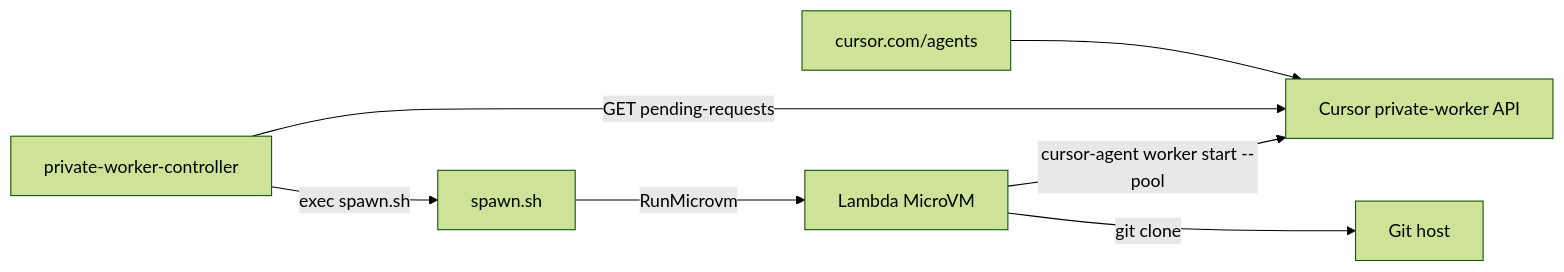
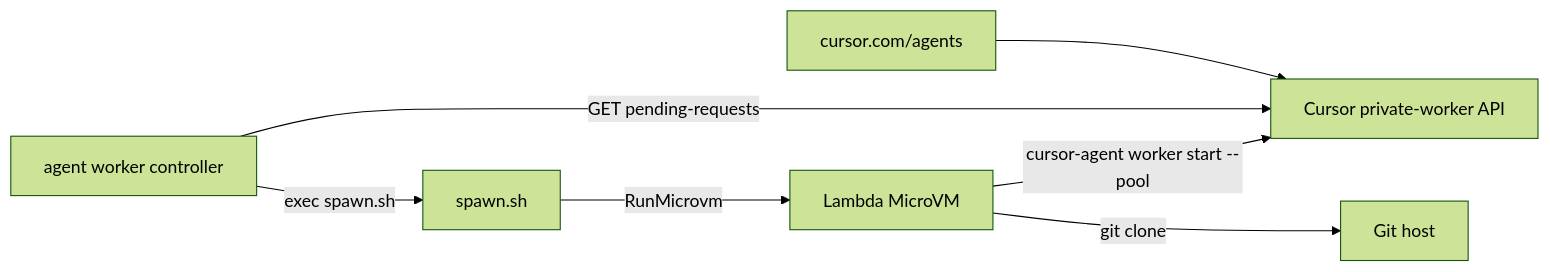
Before and after one commit to anysphere/aws-lambda-workers: the diagram in README.md, drawn with Mermaid (forest theme). The commit also changed other lines of this file and 4 other files, not shown here.

First line of the commit message:
Point customers at agent worker controller --spawn

````diff
--- a/README.md
+++ b/README.md
@@ -9,9 +9,9 @@
 ```mermaid
 flowchart LR
   User[cursor.com/agents] --> CursorAPI[Cursor private-worker API]
-  Controller[private-worker-controller] -->|GET pending-requests| CursorAPI
+  Controller["agent worker controller"] -->|GET pending-requests| CursorAPI
   Controller -->|exec spawn.sh| Spawn[spawn.sh]
   Spawn -->|RunMicrovm| MicroVM[Lambda MicroVM]
   MicroVM -->|cursor-agent worker start --pool| CursorAPI
   MicroVM -->|git clone| Git[Git host]
 ```
````
